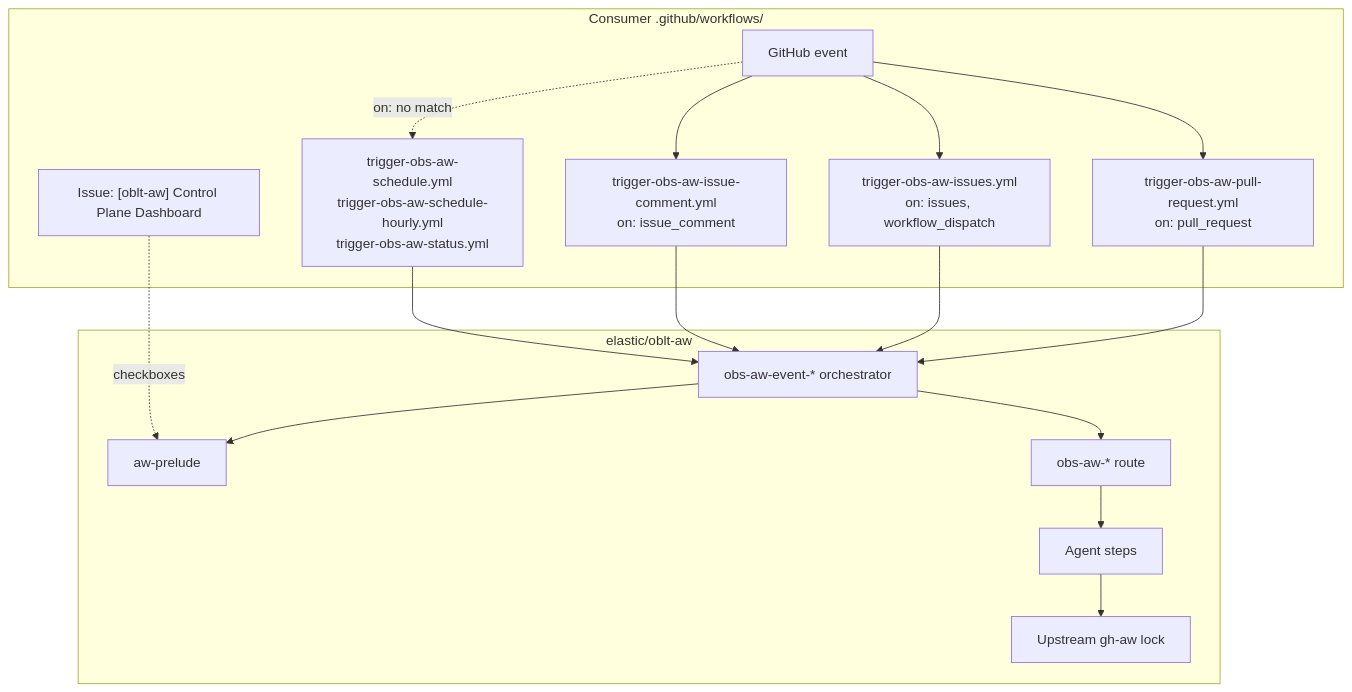
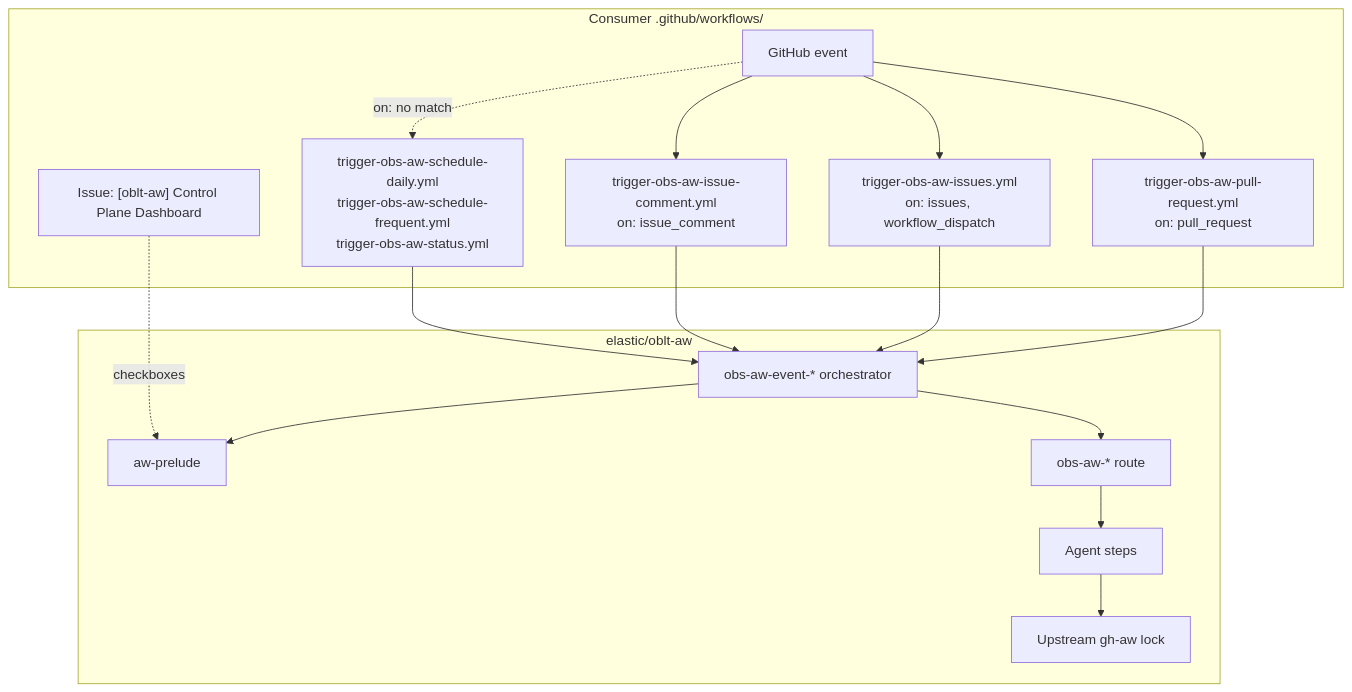
Before and after one commit to elastic/oblt-aw: the diagram in docs/workflows/obs-aw-client-template.md, drawn with Mermaid. The commit also changed other lines of this file and 21 other files, not shown here.

First line of the commit message:
refactor(schedule): rename hourly client lane to frequent

````diff
--- a/docs/workflows/obs-aw-client-template.md
+++ b/docs/workflows/obs-aw-client-template.md
@@ -19,32 +19,32 @@
 ```mermaid
 flowchart TB
   subgraph Consumer["Consumer .github/workflows/"]
     EVT["GitHub event"]
     C_PR["trigger-obs-aw-pull-request.yml\non: pull_request"]
     C_ISS["trigger-obs-aw-issues.yml\non: issues, workflow_dispatch"]
     C_COM["trigger-obs-aw-issue-comment.yml\non: issue_comment"]
-    C_SCH["trigger-obs-aw-schedule.yml\ntrigger-obs-aw-schedule-hourly.yml\ntrigger-obs-aw-status.yml"]
+    C_SCH["trigger-obs-aw-schedule-daily.yml\ntrigger-obs-aw-schedule-frequent.yml\ntrigger-obs-aw-status.yml"]
     DASH["Issue: [oblt-aw] Control Plane Dashboard"]
     EVT --> C_PR
     EVT --> C_ISS
     EVT --> C_COM
     EVT -.->|on: no match| C_SCH
   end
 
   subgraph OBLT["elastic/oblt-aw"]
     ORCH["obs-aw-event-* orchestrator"]
     CTX["aw-prelude"]
     R["obs-aw-* route"]
     AG["Agent steps"]
     LOCK["Upstream gh-aw lock"]
     ORCH --> CTX
     ORCH --> R
     R --> AG --> LOCK
   end
 
   DASH -.->|checkboxes| CTX
   C_PR --> ORCH
   C_ISS --> ORCH
   C_COM --> ORCH
   C_SCH --> ORCH
 ```
````
